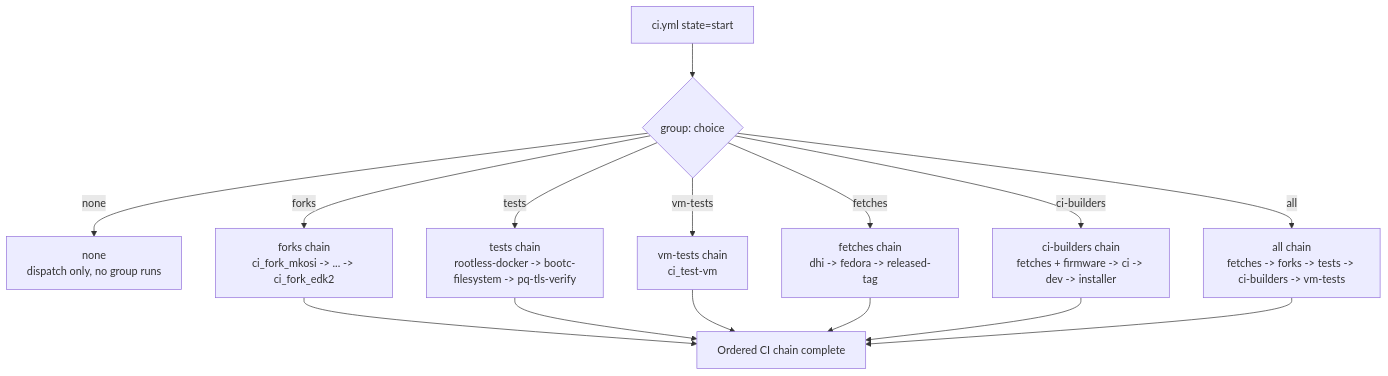
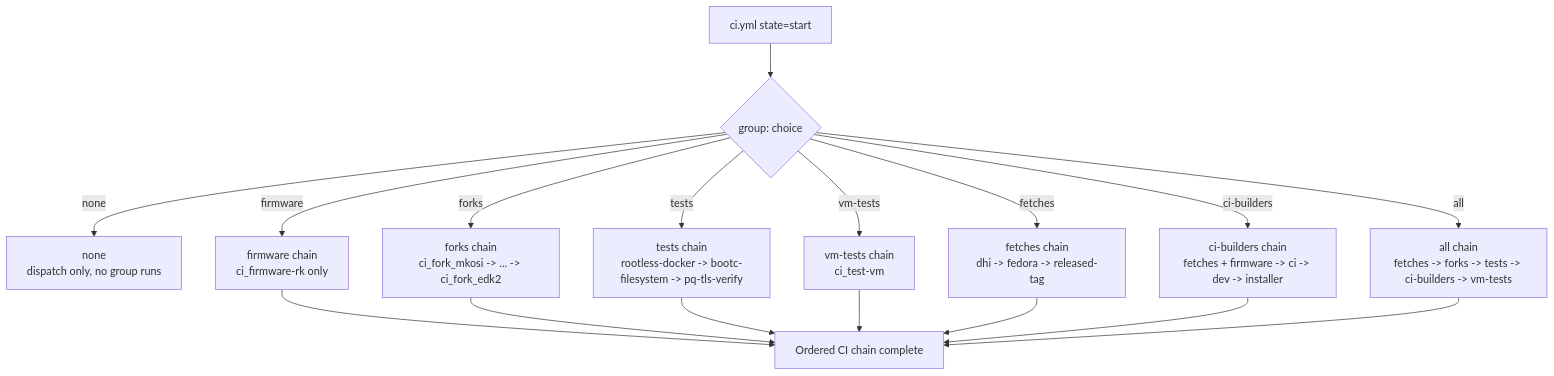
One commit to corning-croak-cable/yubiOS changed the first of 8 diagrams in docs/CI_MAP.md. Above: the diagram before and after it, drawn with Mermaid. The commit also changed other lines of this file and 1 other file, not shown here.

First line of the commit message:
ci: drop legacy pass-through inputs + add firmware-only group

````diff
--- a/docs/CI_MAP.md
+++ b/docs/CI_MAP.md
@@ -35,22 +35,24 @@
 ```mermaid
 flowchart TD
     start["ci.yml state=start"]
     pick{"group: choice"}
     none_path["none\ndispatch only, no group runs"]
+    firmware_path["firmware chain\nci_firmware-rk only"]
     forks_path["forks chain\nci_fork_mkosi -> ... -> ci_fork_edk2"]
     tests_path["tests chain\nrootless-docker -> bootc-filesystem -> pq-tls-verify"]
     vm_tests_path["vm-tests chain\nci_test-vm"]
     fetches_path["fetches chain\ndhi -> fedora -> released-tag"]
     ci_builders_path["ci-builders chain\nfetches + firmware -> ci -> dev -> installer"]
     all_path["all chain\nfetches -> forks -> tests -> ci-builders -> vm-tests"]
     done["Ordered CI chain complete"]
 
     start --> pick
     pick -- "none" --> none_path
+    pick -- "firmware" --> firmware_path --> done
     pick -- "forks" --> forks_path --> done
     pick -- "tests" --> tests_path --> done
     pick -- "vm-tests" --> vm_tests_path --> done
     pick -- "fetches" --> fetches_path --> done
     pick -- "ci-builders" --> ci_builders_path --> done
     pick -- "all" --> all_path --> done
 ```
````
